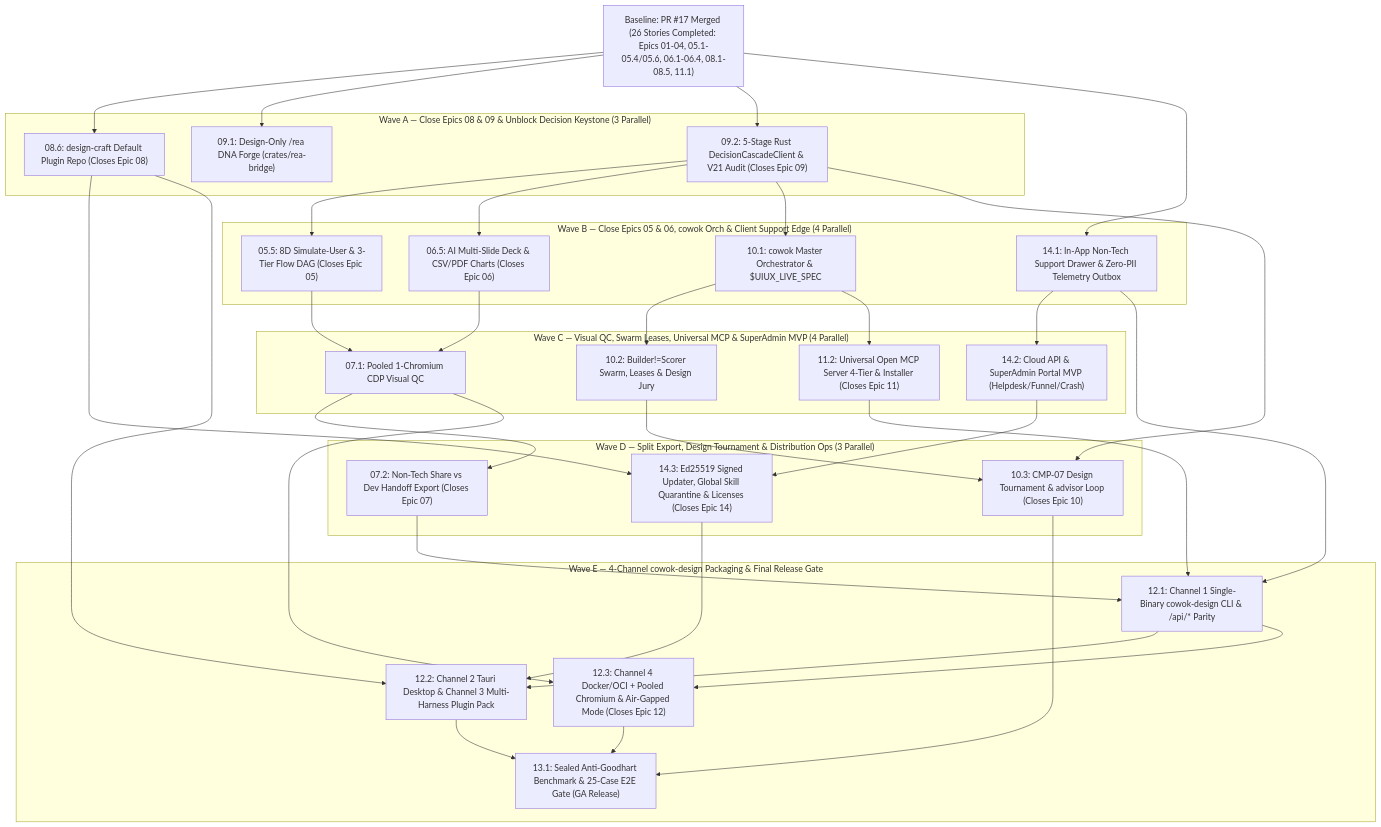
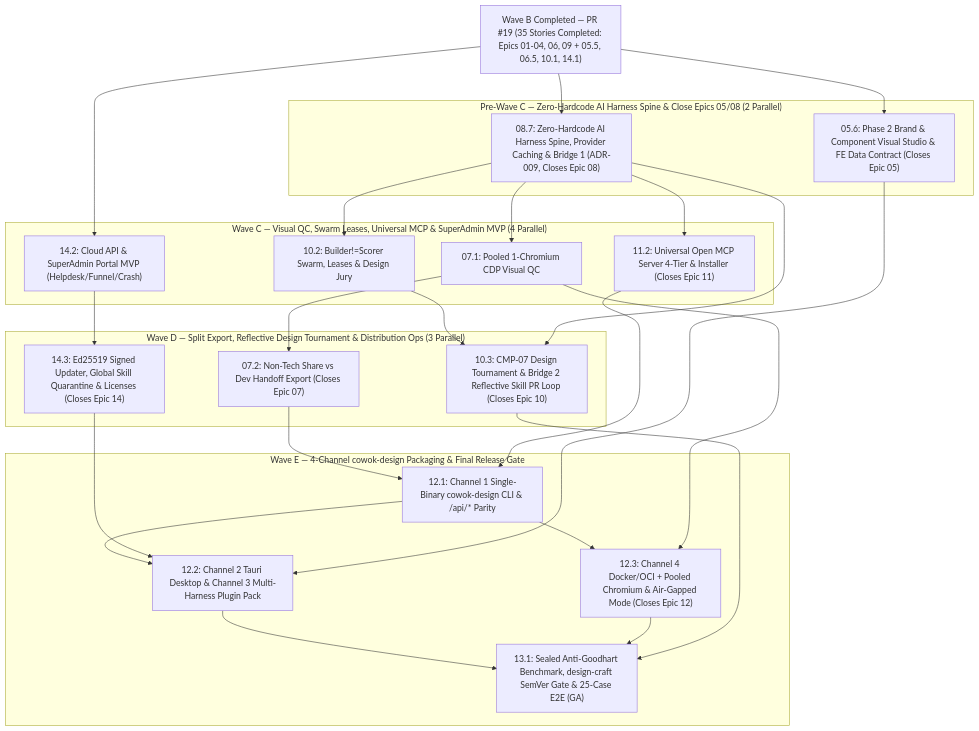
The diagram in _iwish-output/3. Development/development-roadmap.md (Nam123321/cowok-design), drawn with Mermaid before and after one commit. The commit also changed other lines of this file and 173 other files, not shown here.

First line of the commit message:
feat(wave-b): Stories 05.5, 06.5 (Option D Studio v2 + Data Storytelling Layer 1), 10.1, 14.1 & ADR-009 Specs (#19)

````diff
--- a/_iwish-output/3. Development/development-roadmap.md
+++ b/_iwish-output/3. Development/development-roadmap.md
@@ -45,51 +48,40 @@
 ```mermaid
 flowchart TD
-    BASE["Baseline: PR #17 Merged (26 Stories Completed: Epics 01-04, 05.1-05.4/05.6, 06.1-06.4, 08.1-08.5, 11.1)"]
+    WB["Wave B Completed — PR #19 (35 Stories Completed: Epics 01-04, 06, 09 + 05.5, 06.5, 10.1, 14.1)"]
 
-    subgraph WA["Wave A — Close Epics 08 & 09 & Unblock Decision Keystone (3 Parallel)"]
-        S086["08.6: design-craft Default Plugin Repo (Closes Epic 08)"]
-        S091["09.1: Design-Only /rea DNA Forge (crates/rea-bridge)"]
-        S092["09.2: 5-Stage Rust DecisionCascadeClient & V21 Audit (Closes Epic 09)"]
-    end
-
-    subgraph WB["Wave B — Close Epics 05 & 06, cowok Orch & Client Support Edge (4 Parallel)"]
-        S055["05.5: 8D Simulate-User & 3-Tier Flow DAG (Closes Epic 05)"]
-        S065["06.5: AI Multi-Slide Deck & CSV/PDF Charts (Closes Epic 06)"]
-        S101["10.1: cowok Master Orchestrator & $UIUX_LIVE_SPEC"]
-        S141["14.1: In-App Non-Tech Support Drawer & Zero-PII Telemetry Outbox"]
+    subgraph PWC["Pre-Wave C — Zero-Hardcode AI Harness Spine & Close Epics 05/08 (2 Parallel)"]
+        S087["08.7: Zero-Hardcode AI Harness Spine, Provider Caching & Bridge 1 (ADR-009, Closes Epic 08)"]
+        S056["05.6: Phase 2 Brand & Component Visual Studio & FE Data Contract (Closes Epic 05)"]
     end
 
     subgraph WC["Wave C — Visual QC, Swarm Leases, Universal MCP & SuperAdmin MVP (4 Parallel)"]
         S071["07.1: Pooled 1-Chromium CDP Visual QC"]
         S102["10.2: Builder!=Scorer Swarm, Leases & Design Jury"]
         S112["11.2: Universal Open MCP Server 4-Tier & Installer (Closes Epic 11)"]
         S142["14.2: Cloud API & SuperAdmin Portal MVP (Helpdesk/Funnel/Crash)"]
     end
 
-    subgraph WD["Wave D — Split Export, Design Tournament & Distribution Ops (3 Parallel)"]
+    subgraph WD["Wave D — Split Export, Reflective Design Tournament & Distribution Ops (3 Parallel)"]
         S072["07.2: Non-Tech Share vs Dev Handoff Export (Closes Epic 07)"]
-        S103["10.3: CMP-07 Design Tournament & advisor Loop (Closes Epic 10)"]
+        S103["10.3: CMP-07 Design Tournament & Bridge 2 Reflective Skill PR Loop (Closes Epic 10)"]
         S143["14.3: Ed25519 Signed Updater, Global Skill Quarantine & Licenses (Closes Epic 14)"]
     end
 
     subgraph WE["Wave E — 4-Channel cowok-design Packaging & Final Release Gate"]
         S121["12.1: Channel 1 Single-Binary cowok-design CLI & /api/* Parity"]
         S122["12.2: Channel 2 Tauri Desktop & Channel 3 Multi-Harness Plugin Pack"]
         S123["12.3: Channel 4 Docker/OCI + Pooled Chromium & Air-Gapped Mode (Closes Epic 12)"]
-        S131["13.1: Sealed Anti-Goodhart Benchmark & 25-Case E2E Gate (GA Release)"]
+        S131["13.1: Sealed Anti-Goodhart Benchmark, design-craft SemVer Gate & 25-Case E2E (GA)"]
     end
 
-    BASE --> S086 & S091 & S092
-    S092 --> S055 & S065 & S101
-    BASE --> S141
-    S055 & S065 --> S071
-    S101 --> S102 & S112
-    S141 --> S142
+    WB --> S087 & S056
+    S087 --> S071 & S102 & S112
+    WB --> S142
     S071 --> S072
-    S102 & S092 --> S103
-    S142 & S086 --> S143
-    S072 & S112 & S141 --> S121
-    S121 & S086 & S143 --> S122
+    S102 & S087 --> S103
+    S142 --> S143
+    S072 & S112 --> S121
+    S121 & S143 & S056 --> S122
     S121 & S071 --> S123
     S122 & S123 & S103 --> S131
 ```
````
